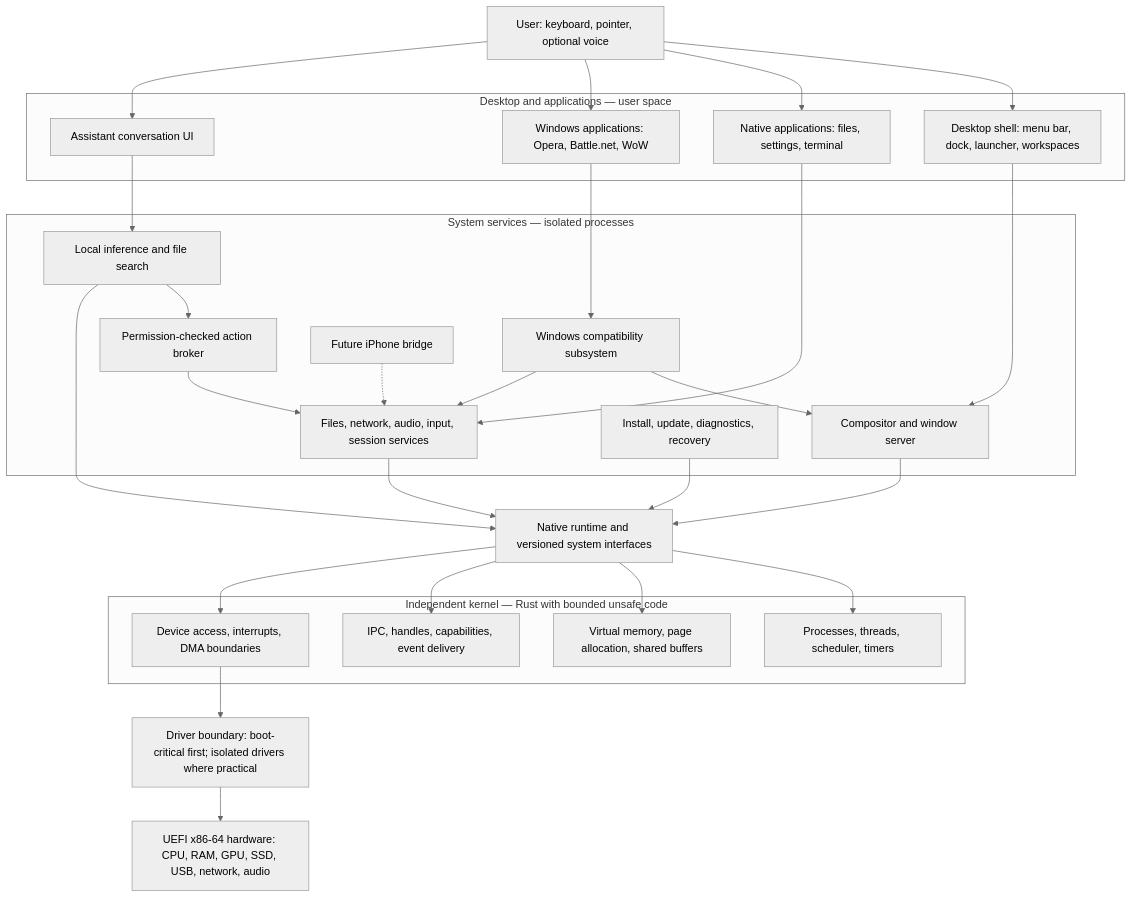
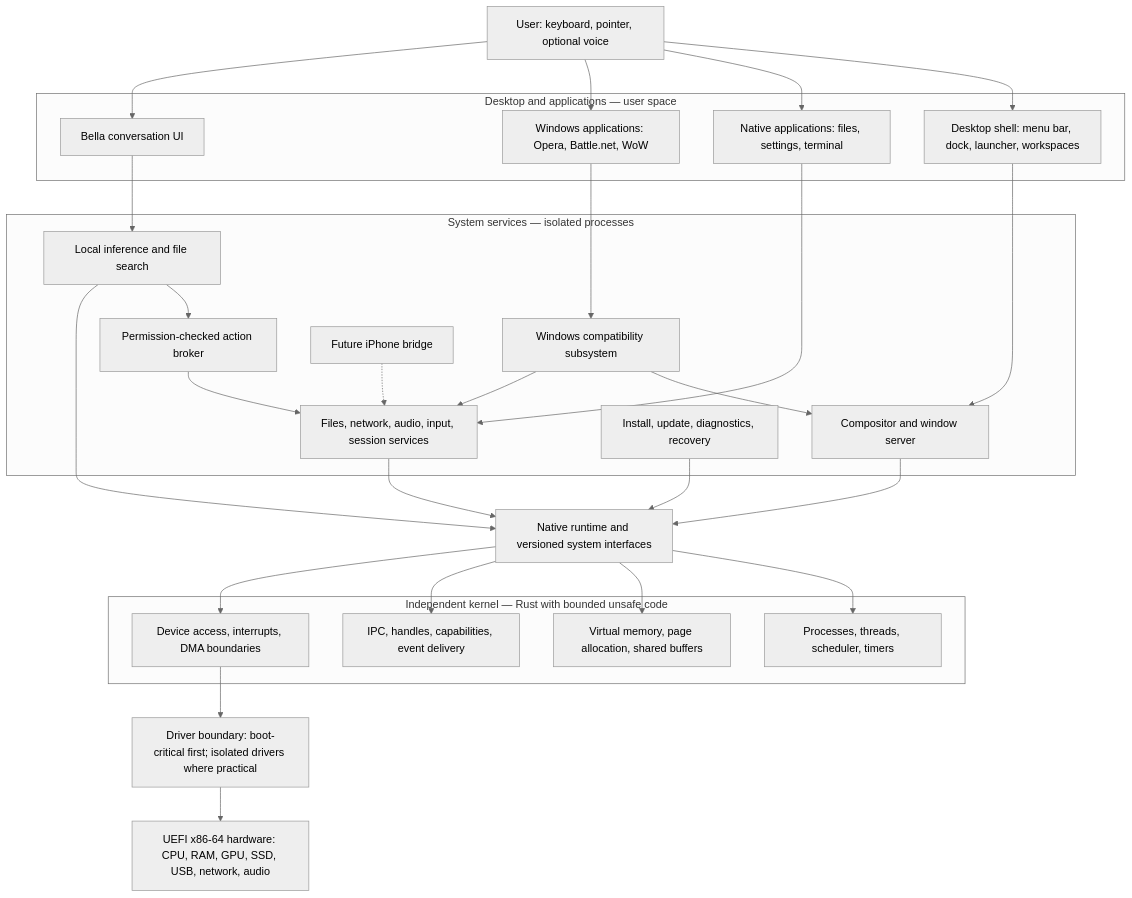
Before and after one commit to pirchh/ZooOS: the first of 7 diagrams in ARCHITECTURE.md, drawn with Mermaid (neutral theme). The commit also changed other lines of this file and 17 other files, not shown here.

Commit message:
Bella: the assistant is named Bella everywhere in the OS

````diff
--- a/ARCHITECTURE.md
+++ b/ARCHITECTURE.md
@@ -36,51 +36,51 @@
 ```mermaid
 flowchart TB
   U[User: keyboard, pointer, optional voice]
   subgraph UX[Desktop and applications — user space]
     SHELL[Desktop shell: menu bar, dock, launcher, workspaces]
     NATIVE[Native applications: files, settings, terminal]
     WIN[Windows applications: Opera, Battle.net, WoW]
-    CHAT[Assistant conversation UI]
+    CHAT[Bella conversation UI]
   end
   subgraph SERVICES[System services — isolated processes]
     COMP[Compositor and window server]
     CORE[Files, network, audio, input, session services]
     AI[Local inference and file search]
     BROKER[Permission-checked action broker]
     COMPAT[Windows compatibility subsystem]
     LIFE[Install, update, diagnostics, recovery]
     PHONE[Future iPhone bridge]
   end
   ABI[Native runtime and versioned system interfaces]
   subgraph KERNEL[Independent kernel — Rust with bounded unsafe code]
     PROC[Processes, threads, scheduler, timers]
     MEM[Virtual memory, page allocation, shared buffers]
     IPC[IPC, handles, capabilities, event delivery]
     IO[Device access, interrupts, DMA boundaries]
   end
   DRV[Driver boundary: boot-critical first; isolated drivers where practical]
   HW[UEFI x86-64 hardware: CPU, RAM, GPU, SSD, USB, network, audio]
   U --> SHELL
   U --> NATIVE
   U --> WIN
   U --> CHAT
   SHELL --> COMP
   NATIVE --> CORE
   WIN --> COMPAT
   CHAT --> AI
   AI --> BROKER
   BROKER --> CORE
   COMPAT --> COMP
   COMPAT --> CORE
   COMP --> ABI
   CORE --> ABI
   AI --> ABI
   LIFE --> ABI
   PHONE -.-> CORE
   ABI --> PROC
   ABI --> MEM
   ABI --> IPC
   ABI --> IO
   IO --> DRV
   DRV --> HW
 ```
````
